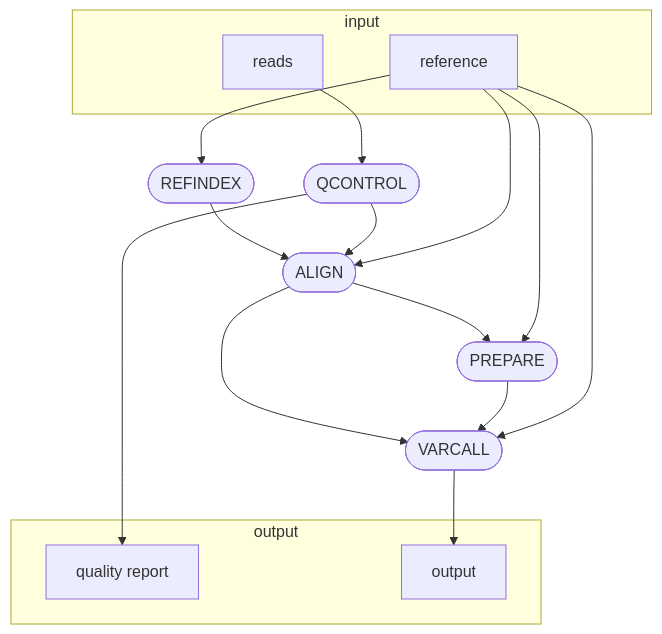
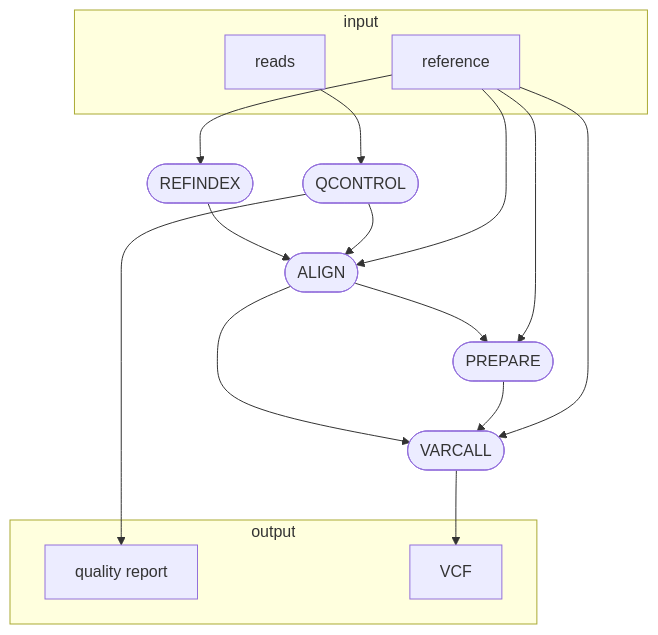
The diagram in README.md (glebus-sasha/octopus_nf), drawn with Mermaid before and after one commit.

````diff
--- a/README.md
+++ b/README.md
@@ -5,28 +5,28 @@
 ```mermaid
 flowchart TB
     subgraph "input"
     v0["reads"]
     v1["reference"]
     end
     v2([REFINDEX])
     v3([QCONTROL])
     subgraph "output"
     v4["quality report"]
-    v11["output"]
+    v11["VCF"]
     end
     v6([ALIGN])
     v8([PREPARE])
     v10([VARCALL])
     v0 --> v3
     v1 --> v2
     v2 --> v6
     v3 --> v6
     v3 --> v4
     v1 --> v6
     v6 --> v8
     v6 --> v10
     v1 --> v8
     v8 --> v10
     v1 --> v10
     v10 --> v11
 ```
````
